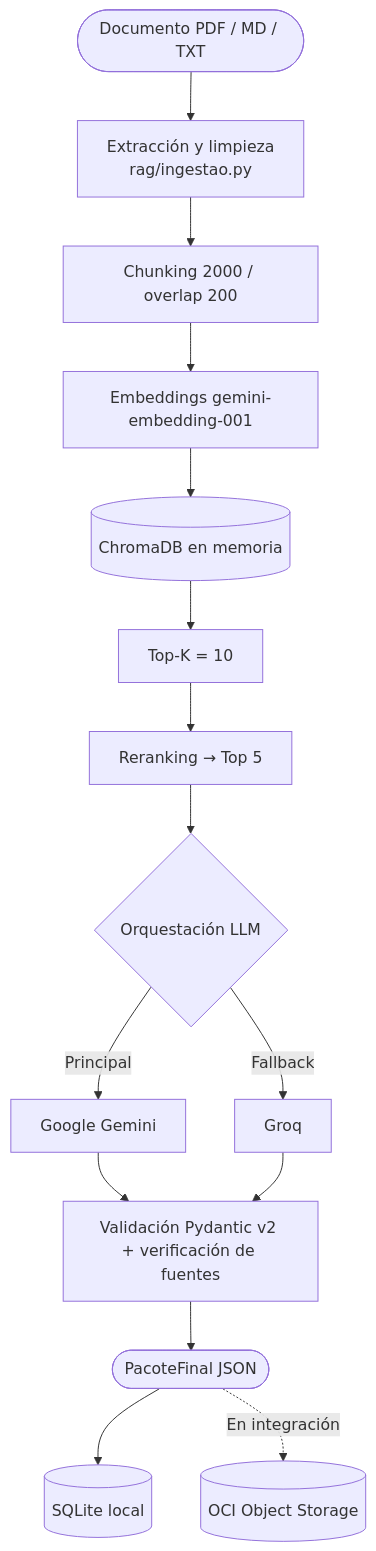
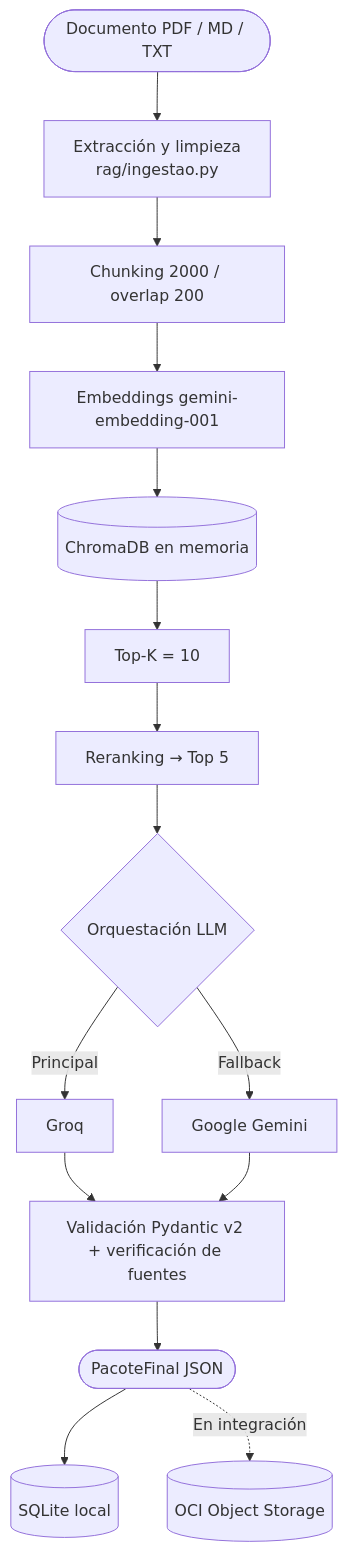
Before and after one commit to No-Country-simulation/G10-BRASIL-equipo-26: the diagram in README.es.md, drawn with Mermaid. The commit also changed other lines of this file and 19 other files, not shown here.

Commit message:
perf(rag): prioriza Groq na geracao, ajusta timeouts Gemini e organiza notebooks em data_science

````diff
--- a/README.es.md
+++ b/README.es.md
@@ -72,17 +72,17 @@
 ```mermaid
 flowchart TD
     A([Documento PDF / MD / TXT]) --> B[Extracción y limpieza<br/>rag/ingestao.py]
     B --> C[Chunking 2000 / overlap 200]
     C --> D[Embeddings gemini-embedding-001]
     D --> E[(ChromaDB en memoria)]
     E --> F[Top-K = 10]
     F --> G[Reranking → Top 5]
     G --> H{Orquestación LLM}
-    H -->|Principal| I[Google Gemini]
-    H -->|Fallback| J[Groq]
-    I --> K[Validación Pydantic v2 + verificación de fuentes]
-    J --> K
+    H -->|Principal| J[Groq]
+    H -->|Fallback| I[Google Gemini]
+    J --> K[Validación Pydantic v2 + verificación de fuentes]
+    I --> K
     K --> L([PacoteFinal JSON])
     L --> M[(SQLite local)]
     L -.->|En integración| N[(OCI Object Storage)]
 ```
````
